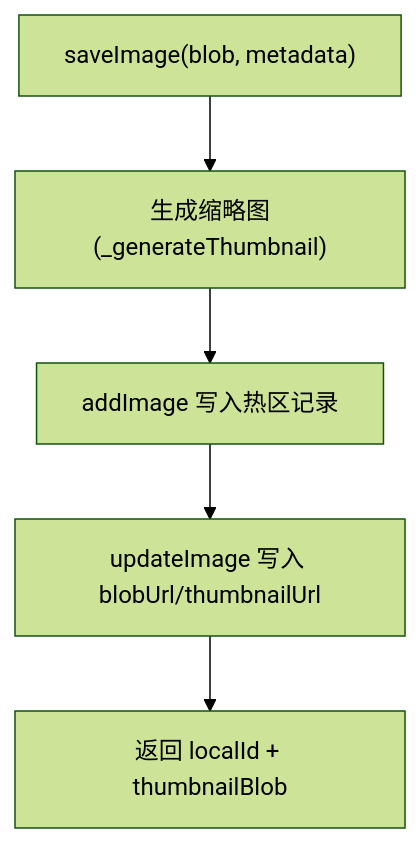
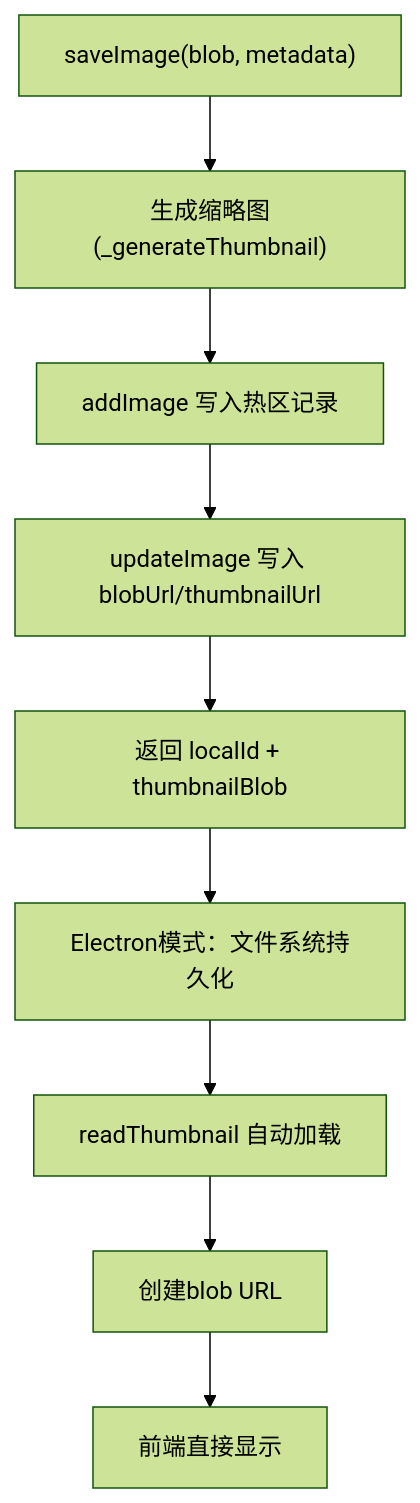
The seventh of 10 diagrams in .qoder/repowiki/zh/content/架构设计/组件层次结构/页面组件架构/图库页面 (Gallery).md (AlbusWei/AI-Image-Studio), drawn with Mermaid (forest theme) before and after one commit. The commit also changed other lines of this file and 26 other files, not shown here.

Commit message:
fix: 修复 Gallery 图片显示 broken image 问题

````diff
--- a/.qoder/repowiki/zh/content/架构设计/组件层次结构/页面组件架构/图库页面 (Gallery).md
+++ b/.qoder/repowiki/zh/content/架构设计/组件层次结构/页面组件架构/图库页面 (Gallery).md
@@ -315,7 +410,11 @@
 ```mermaid
 flowchart TD
 A["saveImage(blob, metadata)"] --> B["生成缩略图(_generateThumbnail)"]
 B --> C["addImage 写入热区记录"]
 C --> D["updateImage 写入 blobUrl/thumbnailUrl"]
 D --> E["返回 localId + thumbnailBlob"]
+E --> F["Electron模式：文件系统持久化"]
+F --> G["readThumbnail 自动加载"]
+G --> H["创建blob URL"]
+H --> I["前端直接显示"]
 ```
````
